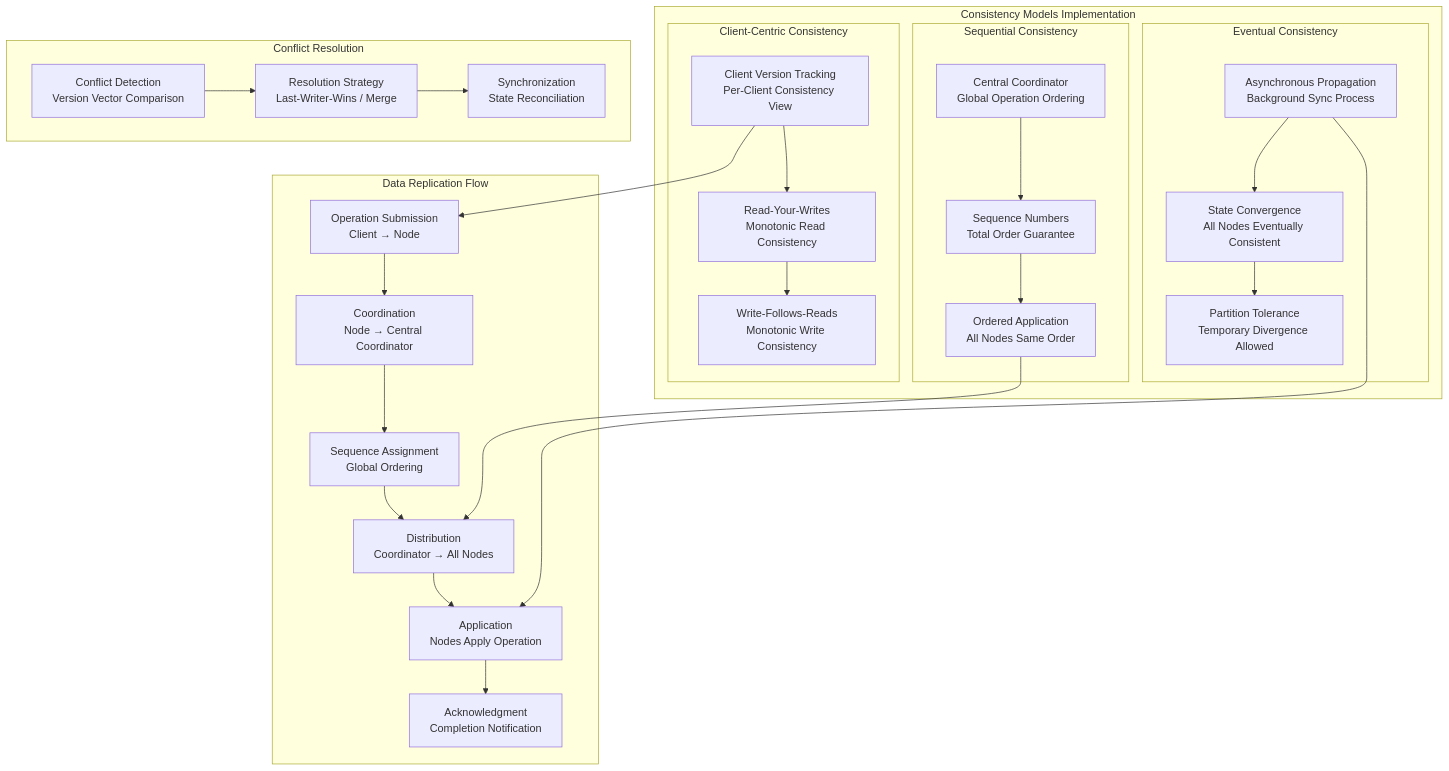
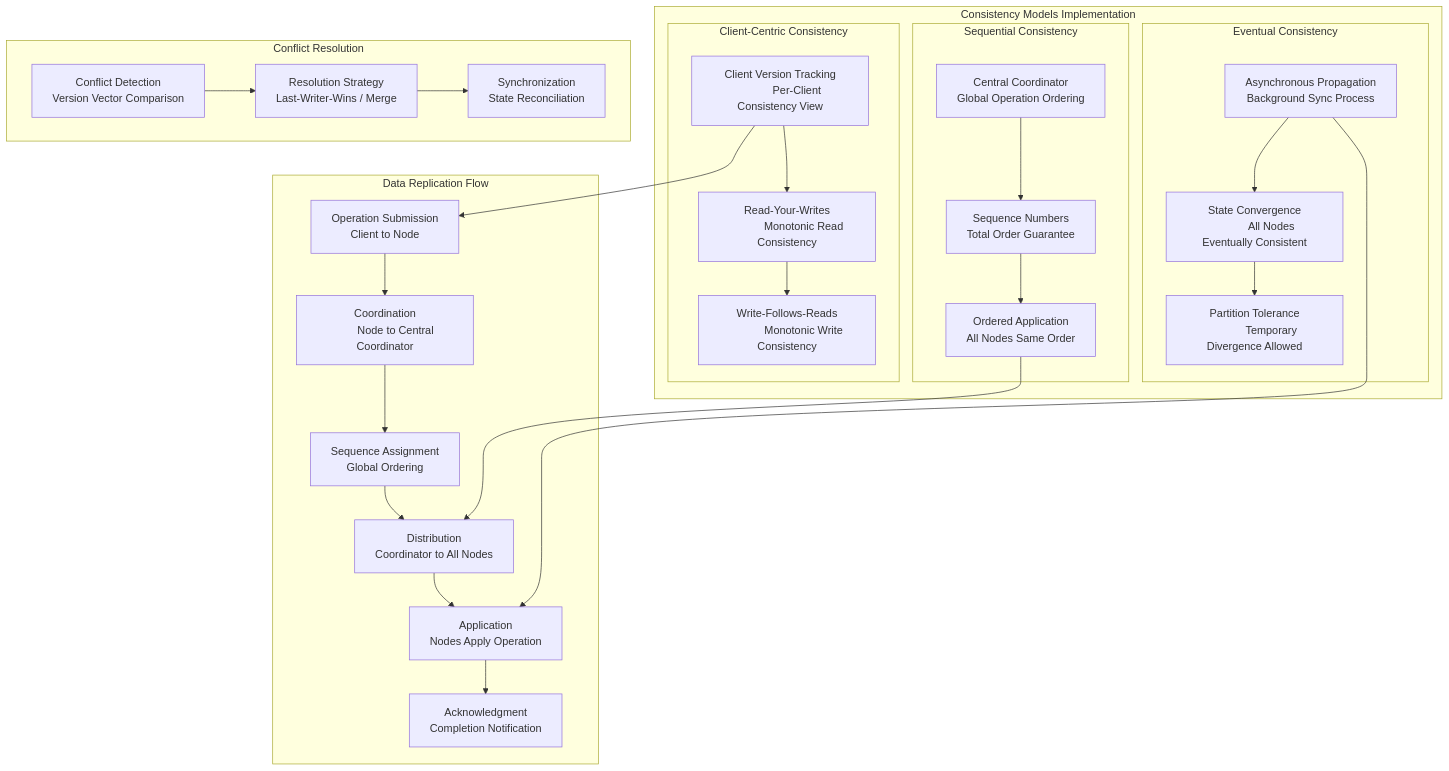
One commit to TheUnawsomeGuy/DCSProjectRepo changed the fifth of 6 diagrams in distributed_system_architecture.md. Above: the diagram before and after it, drawn with Mermaid. The commit also changed other lines of this file, not shown here.

Commit message:
fix mermaid diagram for github

````diff
--- a/distributed_system_architecture.md
+++ b/distributed_system_architecture.md
@@ -234,59 +341,77 @@
 ```mermaid
 graph TB
     subgraph "Consistency Models Implementation"
         subgraph "Sequential Consistency"
-            SC_COORD[Central Coordinator<br/>Global Operation Ordering]
-            SC_SEQ[Sequence Numbers<br/>Total Order Guarantee]
-            SC_APPLY[Ordered Application<br/>All Nodes Same Order]
+            SC_COORD["Central Coordinator
+            Global Operation Ordering"]
+            SC_SEQ["Sequence Numbers
+            Total Order Guarantee"]
+            SC_APPLY["Ordered Application
+            All Nodes Same Order"]
             
             SC_COORD --> SC_SEQ
             SC_SEQ --> SC_APPLY
         end
         
         subgraph "Eventual Consistency"
-            EC_ASYNC[Asynchronous Propagation<br/>Background Sync Process]
-            EC_CONV[State Convergence<br/>All Nodes Eventually Consistent]
-            EC_PART[Partition Tolerance<br/>Temporary Divergence Allowed]
+            EC_ASYNC["Asynchronous Propagation
+            Background Sync Process"]
+            EC_CONV["State Convergence
+            All Nodes Eventually Consistent"]
+            EC_PART["Partition Tolerance
+            Temporary Divergence Allowed"]
             
             EC_ASYNC --> EC_CONV
             EC_CONV --> EC_PART
         end
         
         subgraph "Client-Centric Consistency"
-            CC_CLIENT[Client Version Tracking<br/>Per-Client Consistency View]
-            CC_READ[Read-Your-Writes<br/>Monotonic Read Consistency]
-            CC_WRITE[Write-Follows-Reads<br/>Monotonic Write Consistency]
+            CC_CLIENT["Client Version Tracking
+            Per-Client Consistency View"]
+            CC_READ["Read-Your-Writes
+            Monotonic Read Consistency"]
+            CC_WRITE["Write-Follows-Reads
+            Monotonic Write Consistency"]
             
             CC_CLIENT --> CC_READ
             CC_READ --> CC_WRITE
         end
     end
     
     subgraph "Data Replication Flow"
-        OP_SUB[Operation Submission<br/>Client → Node]
-        OP_COORD[Coordination<br/>Node → Central Coordinator]
-        OP_SEQ[Sequence Assignment<br/>Global Ordering]
-        OP_DIST[Distribution<br/>Coordinator → All Nodes]
-        OP_APPLY[Application<br/>Nodes Apply Operation]
-        OP_ACK[Acknowledgment<br/>Completion Notification]
+        OP_SUB["Operation Submission
+        Client to Node"]
+        OP_COORD["Coordination
+        Node to Central Coordinator"]
+        OP_SEQ["Sequence Assignment
+        Global Ordering"]
+        OP_DIST["Distribution
+        Coordinator to All Nodes"]
+        OP_APPLY["Application
+        Nodes Apply Operation"]
+        OP_ACK["Acknowledgment
+        Completion Notification"]
         
         OP_SUB --> OP_COORD
         OP_COORD --> OP_SEQ
         OP_SEQ --> OP_DIST
         OP_DIST --> OP_APPLY
         OP_APPLY --> OP_ACK
     end
     
     subgraph "Conflict Resolution"
-        DETECT[Conflict Detection<br/>Version Vector Comparison]
-        RESOLVE[Resolution Strategy<br/>Last-Writer-Wins / Merge]
-        SYNC[Synchronization<br/>State Reconciliation]
+        DETECT["Conflict Detection
+        Version Vector Comparison"]
+        RESOLVE["Resolution Strategy
+        Last-Writer-Wins / Merge"]
+        SYNC["Synchronization
+        State Reconciliation"]
         
         DETECT --> RESOLVE
         RESOLVE --> SYNC
     end
     
     SC_APPLY --> OP_DIST
     EC_ASYNC --> OP_APPLY
     CC_CLIENT --> OP_SUB
 ```
````
